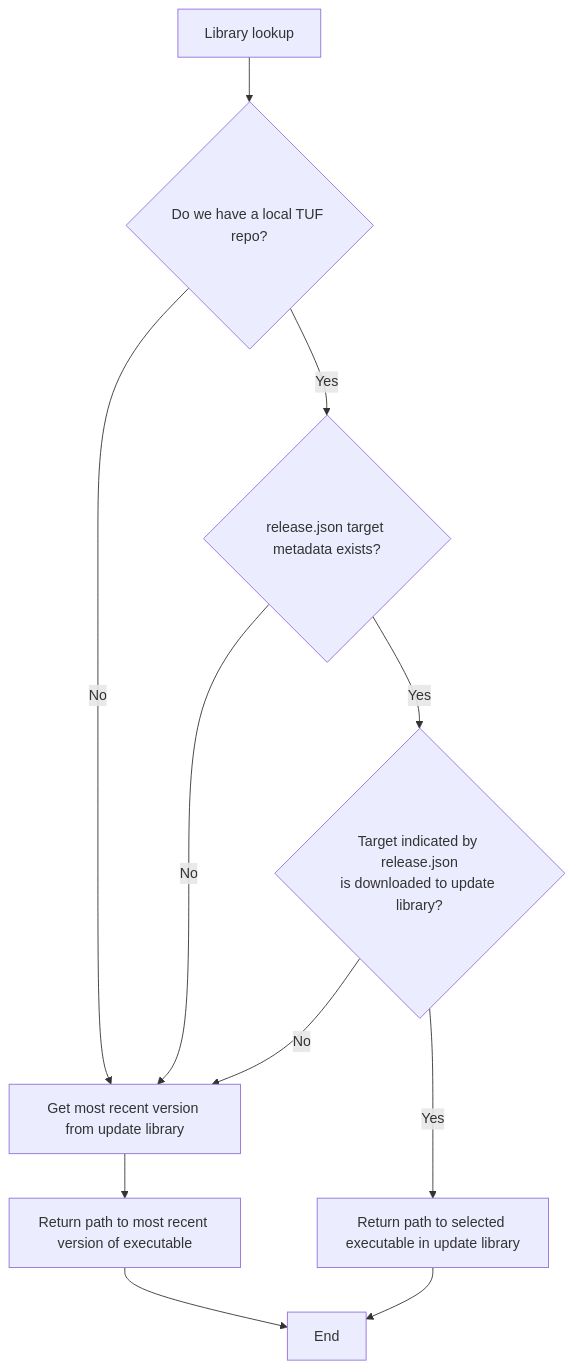
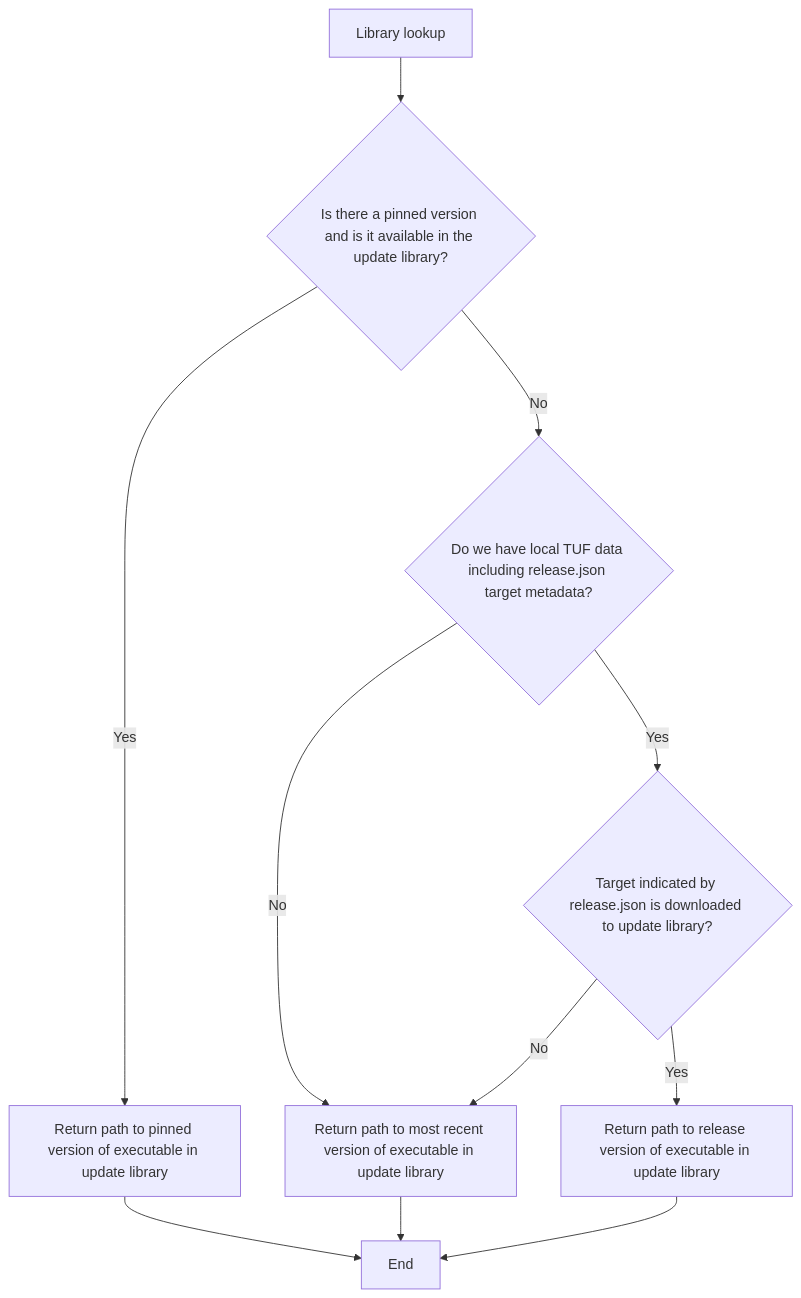
Before and after one commit to kolide/launcher: the diagram in docs/architecture/library_lookup.md, drawn with Mermaid. The commit also changed other lines of this file, not shown here.

Commit message:
Update library lookup docs to account for pinned versions (#1889)

````diff
--- a/docs/architecture/library_lookup.md
+++ b/docs/architecture/library_lookup.md
@@ -11,13 +13,13 @@
 ```mermaid
 flowchart TB
-    A[Library lookup] --> B{Do we have a local TUF repo?}
-    B ---->|No| C[Get most recent version from update library]
-    C --> D[Return path to most recent version of executable]
-    D --> H[End]
-    B -->|Yes| E{release.json target metadata exists?}
-    E -->|No| C
-    E --> |Yes| F{Target indicated by release.json\nis downloaded to update library?}
-    F --> |Yes| G[Return path to selected executable in update library]
-    F --> |No| C
-    G --> H
+    A[Library lookup] --> B{Is there a pinned version and is it available in the update library?}
+    B ---->|Yes| C[Return path to pinned version of executable in update library]
+    C --> D[End]
+    B -->|No| E{Do we have local TUF data including release.json target metadata?}
+    E -->|No| F[Return path to most recent version of executable in update library]
+    F --> D
+    E --> |Yes| G{Target indicated by release.json is downloaded to update library?}
+    G --> |Yes| H[Return path to release version of executable in update library]
+    G --> |No| F
+    H --> D
 ```
````
